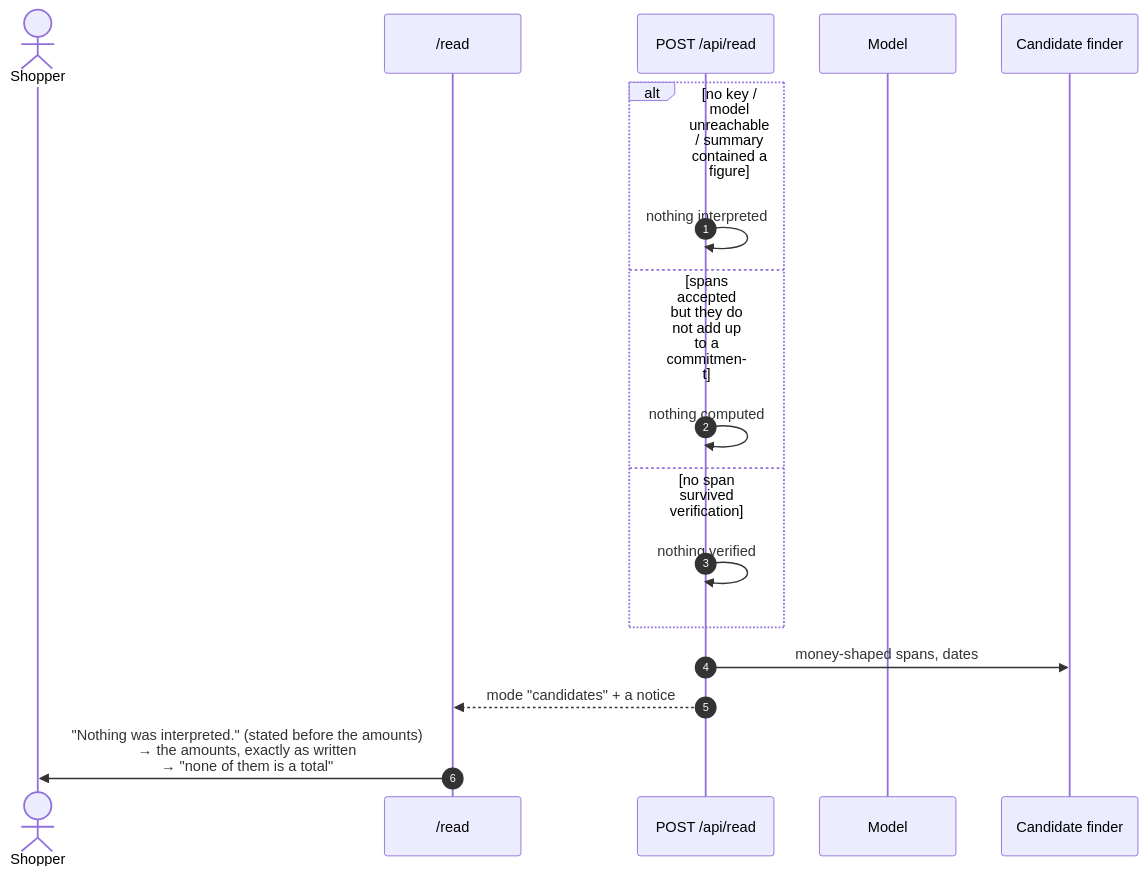
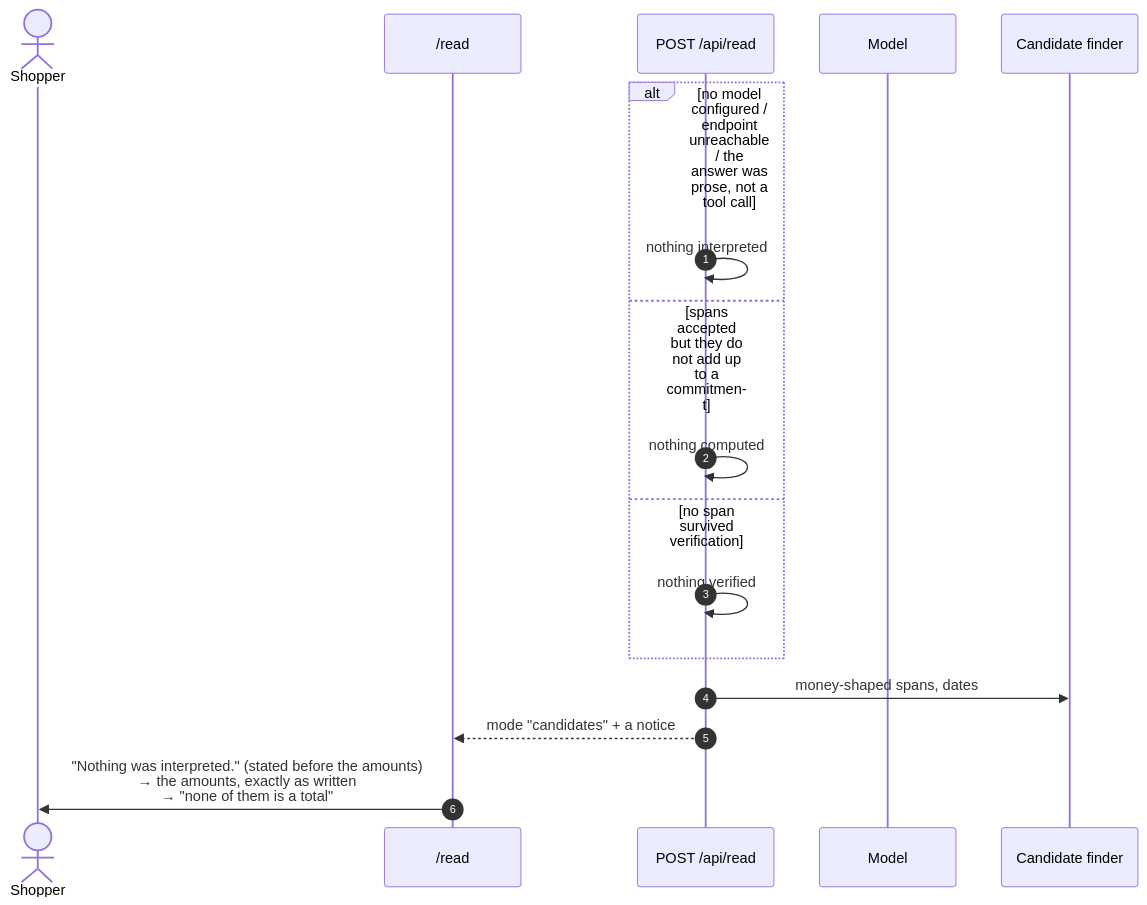
One commit to CipherCracked/reckon-paypal changed the fifth of 5 diagrams in docs/universal-commitment-companion/flows.md. Above: the diagram before and after it, drawn with Mermaid. The commit also changed other lines of this file and 25 other files, not shown here.

````diff
--- a/docs/universal-commitment-companion/flows.md
+++ b/docs/universal-commitment-companion/flows.md
@@ -136,20 +136,20 @@
 ```mermaid
 sequenceDiagram
     autonumber
     actor S as Shopper
     participant R as /read
     participant API as POST /api/read
     participant AI as Model
     participant X as Candidate finder
 
-    alt no key / model unreachable / summary contained a figure
+    alt no model configured / endpoint unreachable / the answer was prose, not a tool call
         API->>API: nothing interpreted
     else spans accepted but they do not add up to a commitment
         API->>API: nothing computed
     else no span survived verification
         API->>API: nothing verified
     end
     API->>X: money-shaped spans, dates
     API-->>R: mode "candidates" + a notice
     R->>S: "Nothing was interpreted." (stated before the amounts)<br/>→ the amounts, exactly as written<br/>→ "none of them is a total"
 ```
````
